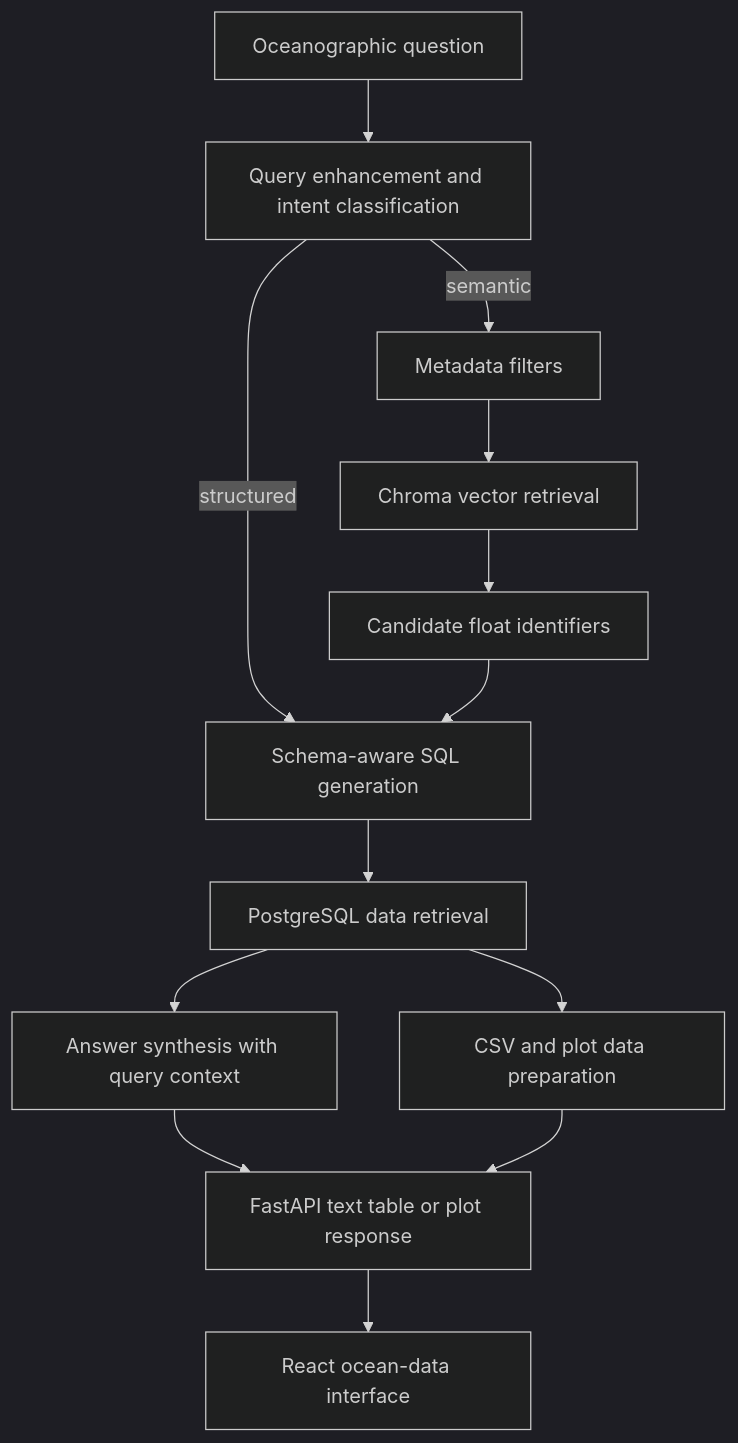
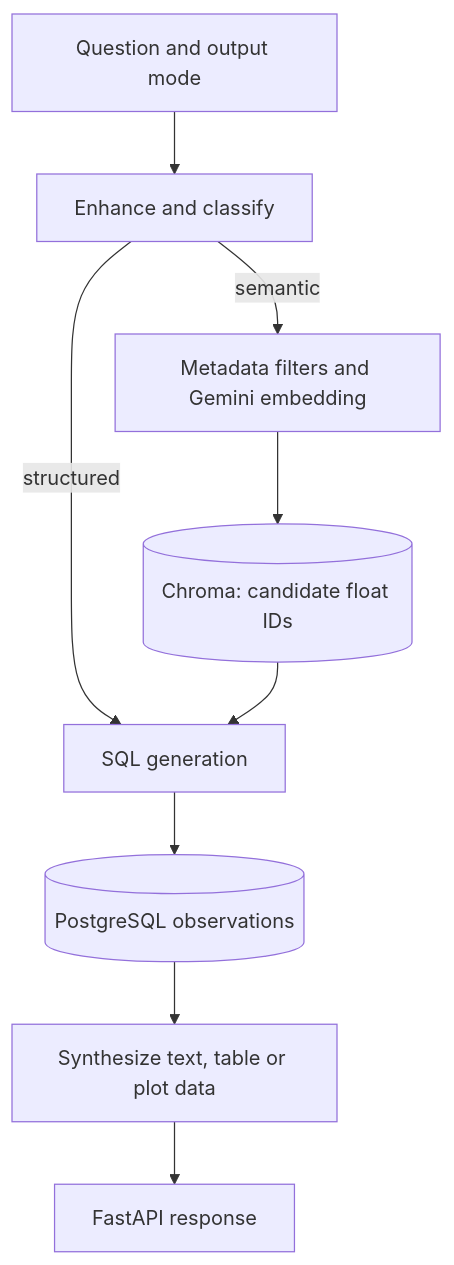
Before and after one commit to ryash14/Anantha: the diagram in README.md, drawn with Mermaid. The commit also changed other lines of this file and 5 other files, not shown here.

Commit message:
docs: explain purpose, architecture, usage and contribution workflow

````diff
--- a/README.md
+++ b/README.md
@@ -7,15 +51,11 @@
 ```mermaid
-%%{init: {'theme': 'dark'}}%%
-flowchart TD
-    Q["Oceanographic question"] --> EN["Query enhancement and intent classification"]
-    EN -->|structured| SQL["Schema-aware SQL generation"]
-    EN -->|semantic| FILTER["Metadata filters"]
-    FILTER --> V["Chroma vector retrieval"]
-    V --> IDS["Candidate float identifiers"] --> SQL
-    SQL --> PG["PostgreSQL data retrieval"]
-    PG --> LLM["Answer synthesis with query context"]
-    PG --> CSV["CSV and plot data preparation"]
-    LLM --> OUT["FastAPI text table or plot response"]
-    CSV --> OUT
-    OUT --> UI["React ocean-data interface"]
+flowchart TB
+    Query["Question and output mode"] --> Route["Enhance and classify"]
+    Route -->|structured| SQL["SQL generation"]
+    Route -->|semantic| Vector["Metadata filters and Gemini embedding"]
+    Vector --> Chroma[("Chroma: candidate float IDs")]
+    Chroma --> SQL
+    SQL --> PG[("PostgreSQL observations")]
+    PG --> Answer["Synthesize text, table or plot data"]
+    Answer --> API["FastAPI response"]
 ```
````
